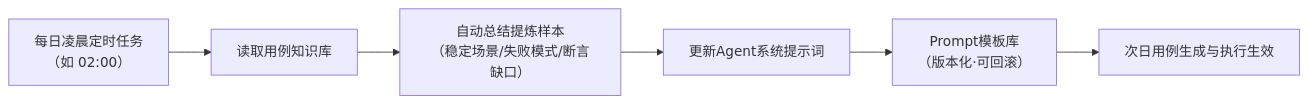
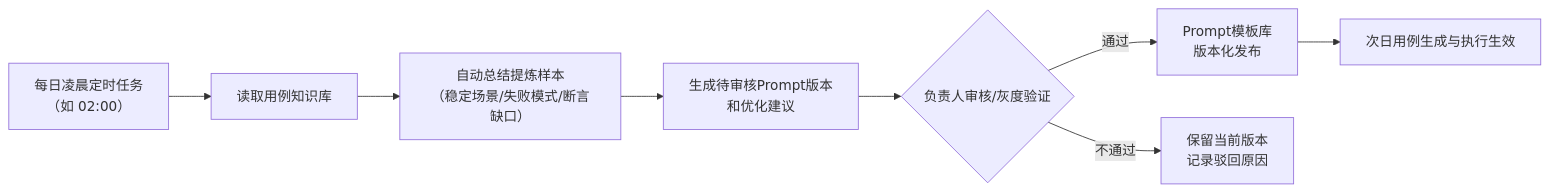
Before and after one commit to xiangsong97/xueran: the seventh of 9 diagrams in AI驱动自动化测试平台自研落地实施方案.md, drawn with Mermaid. The commit also changed other lines of this file, not shown here.

Commit message:
docs: clarify AI test orchestration and chapter 5 flows

````diff
--- a/AI驱动自动化测试平台自研落地实施方案.md
+++ b/AI驱动自动化测试平台自研落地实施方案.md
@@ -687,8 +917,10 @@
 ```mermaid
 flowchart LR
     T["每日凌晨定时任务<br/>（如 02:00）"] --> R["读取用例知识库"]
     R --> S["自动总结提炼样本<br/>（稳定场景/失败模式/断言缺口）"]
-    S --> U["更新Agent系统提示词"]
-    U --> P["Prompt模板库<br/>（版本化·可回滚）"]
+    S --> U["生成待审核Prompt版本<br/>和优化建议"]
+    U --> REVIEW{"负责人审核/灰度验证"}
+    REVIEW -- "通过" --> P["Prompt模板库<br/>版本化发布"]
+    REVIEW -- "不通过" --> KEEP["保留当前版本<br/>记录驳回原因"]
     P --> NEXT["次日用例生成与执行生效"]
 ```
````
